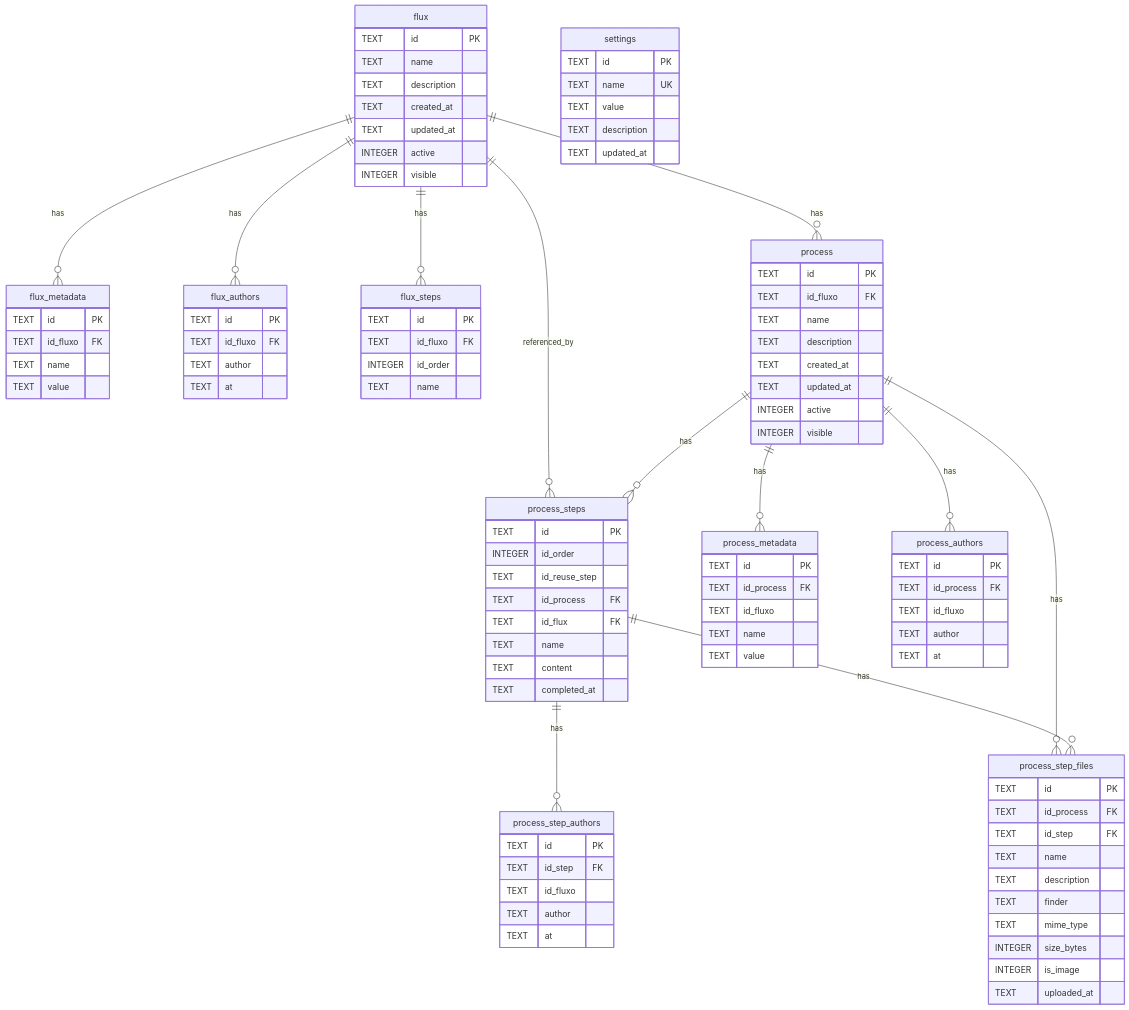
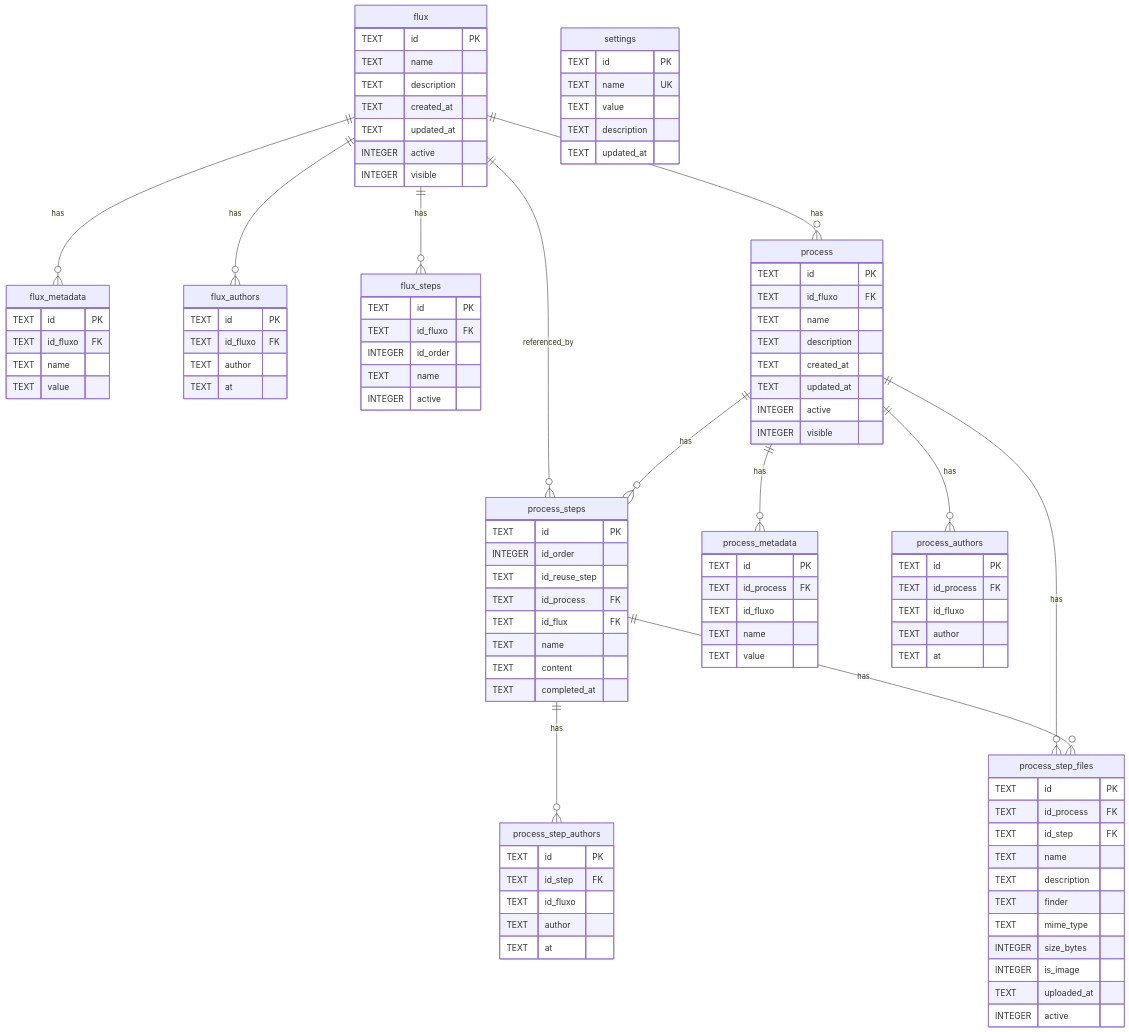
The first of 4 diagrams in schema.md (frkr/flower-audit), drawn with Mermaid before and after one commit. The commit also changed other lines of this file and 10 other files, not shown here.

Commit message:
feat: add author tracking and soft delete for flow, process, and files

```diff
--- a/schema.md
+++ b/schema.md
@@ -48,6 +48,7 @@
         TEXT    id_fluxo FK
         INTEGER id_order
         TEXT    name
+        INTEGER active
     }
 
     process {
@@ -102,6 +103,7 @@
         INTEGER size_bytes
         INTEGER is_image
         TEXT    uploaded_at
+        INTEGER active
     }
 
     settings {
```
